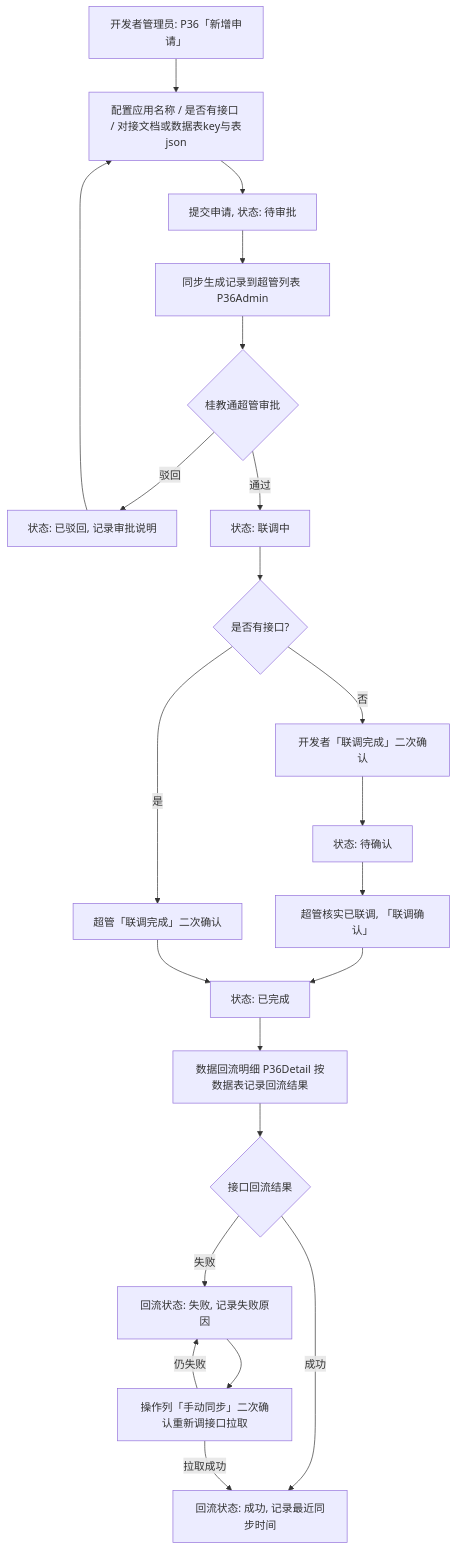
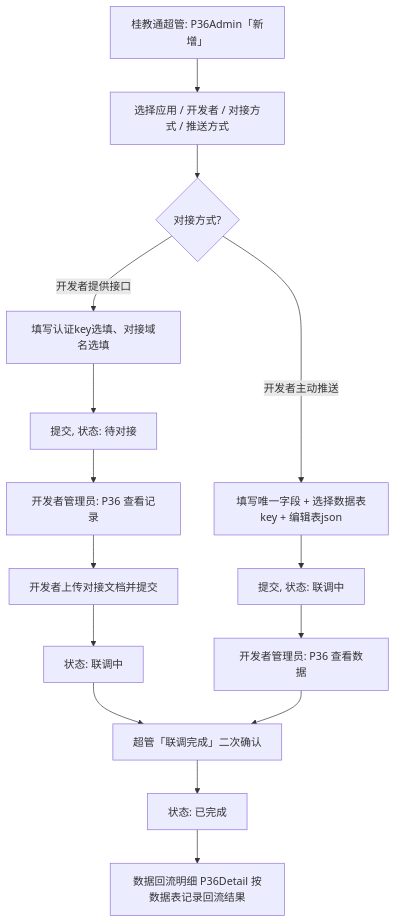
Before and after one commit to sunmei119/capPlatform: the eighth of 8 diagrams in output/prd/prd.md, drawn with Mermaid. The commit also changed other lines of this file and 2 other files, not shown here.

````diff
--- a/output/prd/prd.md
+++ b/output/prd/prd.md
@@ -260,24 +260,17 @@
 ```mermaid
 flowchart TD
-    A[开发者管理员: P36「新增申请」] --> B[配置应用名称 / 是否有接口 / 对接文档或数据表key与表json]
-    B --> C[提交申请, 状态: 待审批]
-    C --> D[同步生成记录到超管列表 P36Admin]
-    D --> E{桂教通超管审批}
-    E -- 驳回 --> F[状态: 已驳回, 记录审批说明]
-    F --> B
-    E -- 通过 --> G[状态: 联调中]
-    G --> H{是否有接口?}
-    H -- 否 --> I[开发者「联调完成」二次确认]
-    I --> J[状态: 待确认]
-    J --> K[超管核实已联调, 「联调确认」]
-    K --> L[状态: 已完成]
-    H -- 是 --> M[超管「联调完成」二次确认]
-    M --> L
-    L --> N[数据回流明细 P36Detail 按数据表记录回流结果]
-    N --> O{接口回流结果}
-    O -- 成功 --> P[回流状态: 成功, 记录最近同步时间]
-    O -- 失败 --> Q[回流状态: 失败, 记录失败原因]
-    Q --> R[操作列「手动同步」二次确认重新调接口拉取]
-    R -- 拉取成功 --> P
-    R -- 仍失败 --> Q
+    A[桂教通超管: P36Admin「新增」] --> B[选择应用 / 开发者 / 对接方式 / 推送方式]
+    B --> C{对接方式?}
+    C -- 开发者提供接口 --> D[填写认证key选填、对接域名选填]
+    D --> E[提交, 状态: 待对接]
+    E --> F[开发者管理员: P36 查看记录]
+    F --> G[开发者上传对接文档并提交]
+    G --> H[状态: 联调中]
+    C -- 开发者主动推送 --> I[填写唯一字段 + 选择数据表key + 编辑表json]
+    I --> J[提交, 状态: 联调中]
+    J --> K[开发者管理员: P36 查看数据]
+    H --> L[超管「联调完成」二次确认]
+    K --> L
+    L --> M[状态: 已完成]
+    M --> N[数据回流明细 P36Detail 按数据表记录回流结果]
 ```
````
